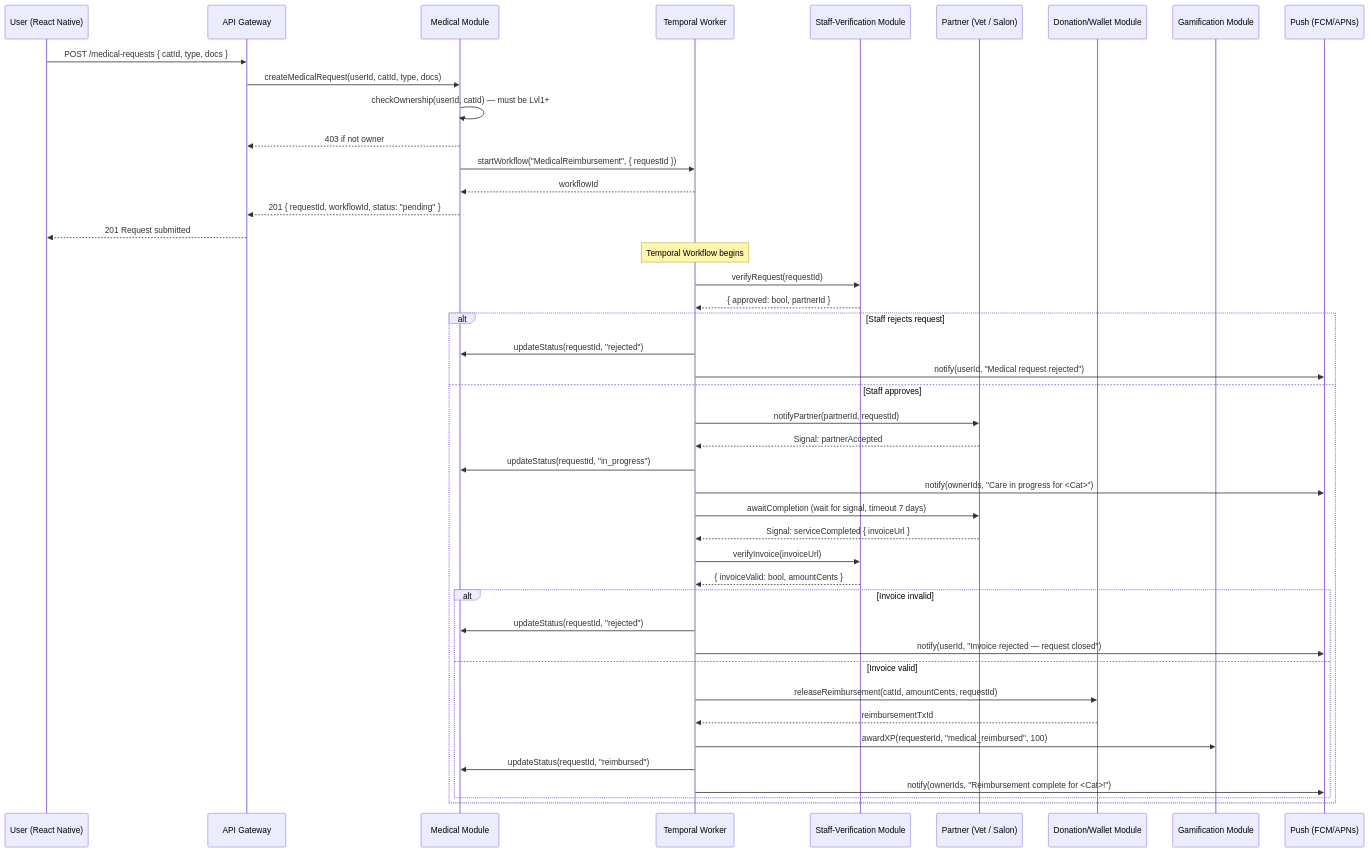
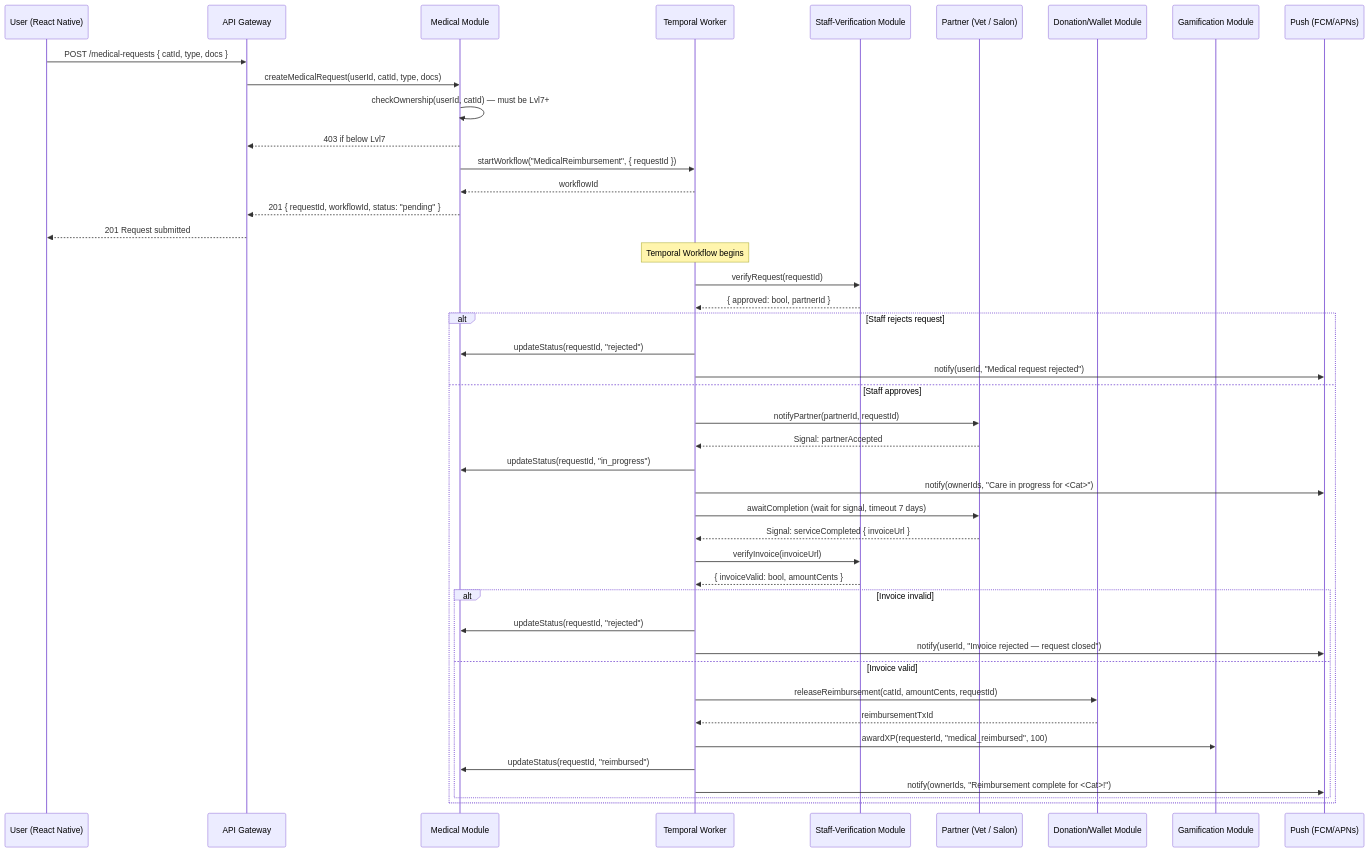
Before and after one commit to gotoyuriko/snapcat: the third of 4 diagrams in .kiro/specs/stray-cat-care-app/design.md, drawn with Mermaid. The commit also changed other lines of this file and 11 other files, not shown here.

Commit message:
XP system update with Grooming Lvl 7 request not yet tested

````diff
--- a/.kiro/specs/stray-cat-care-app/design.md
+++ b/.kiro/specs/stray-cat-care-app/design.md
@@ -604,55 +604,55 @@
 ```mermaid
 sequenceDiagram
     participant U as User (React Native)
     participant GW as API Gateway
     participant MED as Medical Module
     participant TW as Temporal Worker
     participant STAFFVFY as Staff-Verification Module
     participant PARTNER as Partner (Vet / Salon)
     participant DONATION as Donation/Wallet Module
     participant GAME as Gamification Module
     participant PUSH as Push (FCM/APNs)
 
     U->>GW: POST /medical-requests { catId, type, docs }
     GW->>MED: createMedicalRequest(userId, catId, type, docs)
-    MED->>MED: checkOwnership(userId, catId) — must be Lvl1+
-    MED-->>GW: 403 if not owner
+    MED->>MED: checkOwnership(userId, catId) — must be Lvl7+
+    MED-->>GW: 403 if below Lvl7
 
     MED->>TW: startWorkflow("MedicalReimbursement", { requestId })
     TW-->>MED: workflowId
     MED-->>GW: 201 { requestId, workflowId, status: "pending" }
     GW-->>U: 201 Request submitted
 
     Note over TW: Temporal Workflow begins
 
     TW->>STAFFVFY: verifyRequest(requestId)
     STAFFVFY-->>TW: { approved: bool, partnerId }
 
     alt Staff rejects request
         TW->>MED: updateStatus(requestId, "rejected")
         TW->>PUSH: notify(userId, "Medical request rejected")
     else Staff approves
         TW->>PARTNER: notifyPartner(partnerId, requestId)
         PARTNER-->>TW: Signal: partnerAccepted
 
         TW->>MED: updateStatus(requestId, "in_progress")
         TW->>PUSH: notify(ownerIds, "Care in progress for <Cat>")
 
         TW->>PARTNER: awaitCompletion (wait for signal, timeout 7 days)
         PARTNER-->>TW: Signal: serviceCompleted { invoiceUrl }
 
         TW->>STAFFVFY: verifyInvoice(invoiceUrl)
         STAFFVFY-->>TW: { invoiceValid: bool, amountCents }
 
         alt Invoice invalid
             TW->>MED: updateStatus(requestId, "rejected")
             TW->>PUSH: notify(userId, "Invoice rejected — request closed")
         else Invoice valid
             TW->>DONATION: releaseReimbursement(catId, amountCents, requestId)
             DONATION-->>TW: reimbursementTxId
             TW->>GAME: awardXP(requesterId, "medical_reimbursed", 100)
             TW->>MED: updateStatus(requestId, "reimbursed")
             TW->>PUSH: notify(ownerIds, "Reimbursement complete for <Cat>!")
         end
     end
 ```
````
